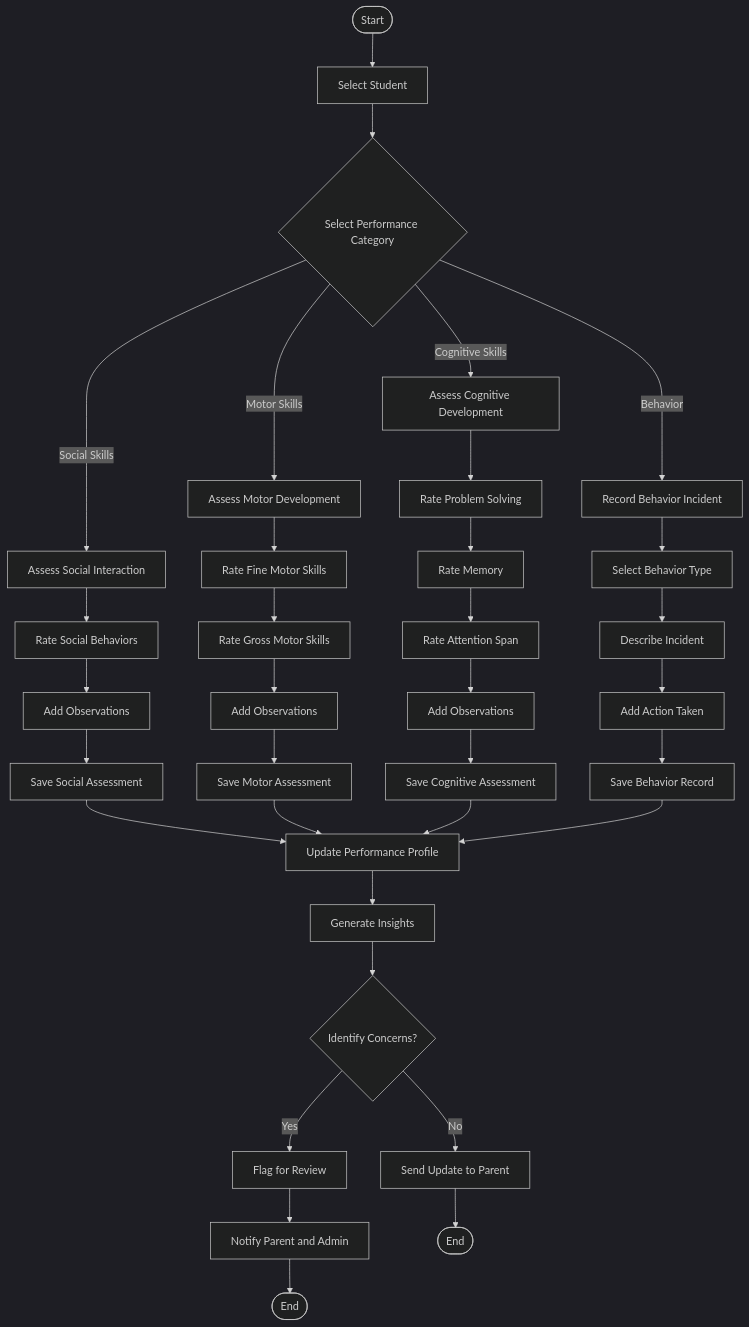
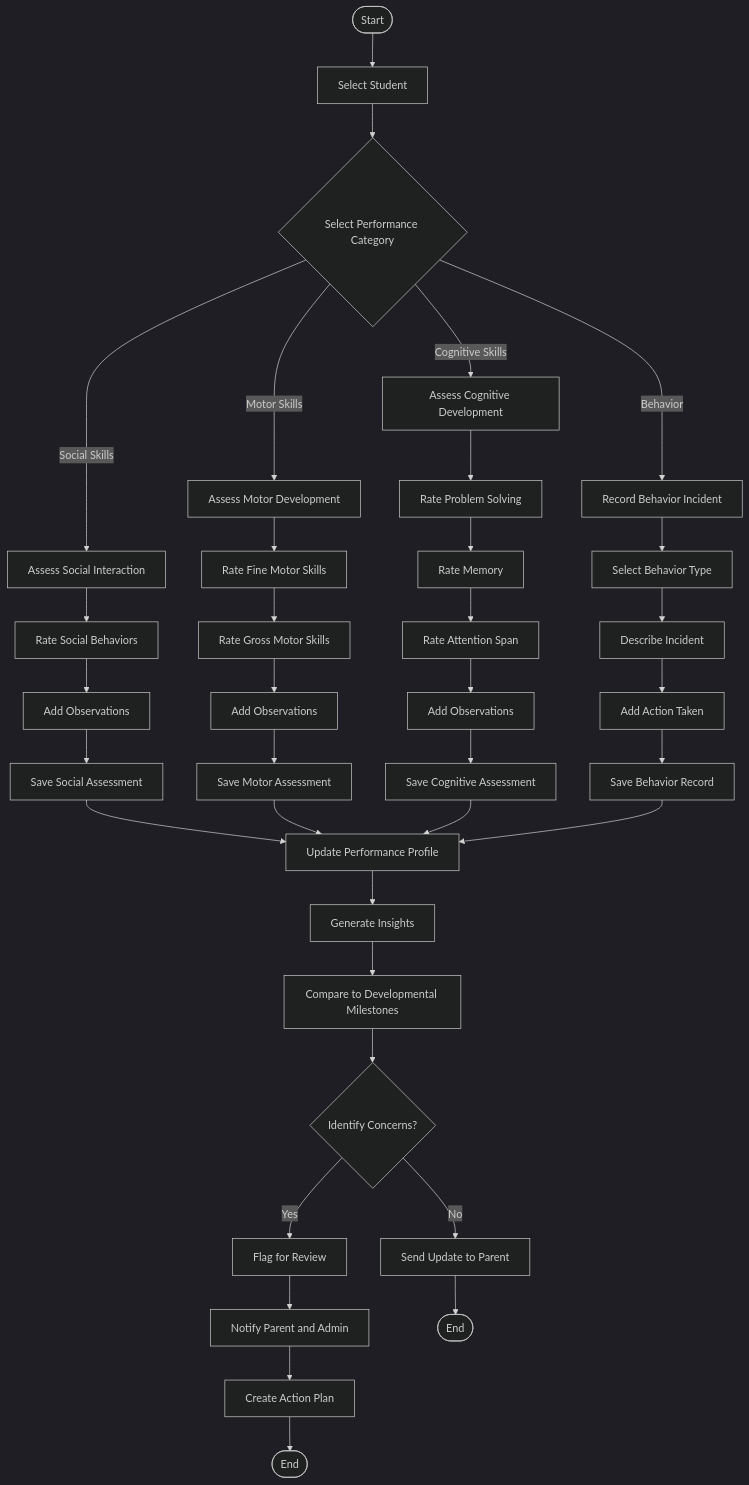
One commit to TongYwen/childfyp5 changed the tenth of 18 diagrams in diagrams.md. Above: the diagram before and after it, drawn with Mermaid (dark theme). The commit also changed other lines of this file, not shown here.

First line of the commit message:
Update diagrams with proper UML notation

````diff
--- a/diagrams.md
+++ b/diagrams.md
@@ -239,42 +370,44 @@
 ```mermaid
 flowchart TD
     Start([Start]) --> SelectStudent[Select Student]
     SelectStudent --> SelectCategory{Select Performance Category}
 
     SelectCategory -->|Social Skills| AssessSocial[Assess Social Interaction]
     AssessSocial --> RateSocial[Rate Social Behaviors]
     RateSocial --> AddObservations1[Add Observations]
     AddObservations1 --> SaveSocial
 
     SelectCategory -->|Motor Skills| AssessMotor[Assess Motor Development]
     AssessMotor --> RateFineMotor[Rate Fine Motor Skills]
     RateFineMotor --> RateGrossMotor[Rate Gross Motor Skills]
     RateGrossMotor --> AddObservations2[Add Observations]
     AddObservations2 --> SaveMotor
 
     SelectCategory -->|Cognitive Skills| AssessCognitive[Assess Cognitive Development]
     AssessCognitive --> RateProblemSolving[Rate Problem Solving]
     RateProblemSolving --> RateMemory[Rate Memory]
     RateMemory --> RateAttention[Rate Attention Span]
     RateAttention --> AddObservations3[Add Observations]
     AddObservations3 --> SaveCognitive
 
     SelectCategory -->|Behavior| RecordBehavior[Record Behavior Incident]
     RecordBehavior --> SelectBehaviorType[Select Behavior Type]
     SelectBehaviorType --> DescribeIncident[Describe Incident]
     DescribeIncident --> AddAction[Add Action Taken]
     AddAction --> SaveBehavior
 
     SaveSocial[Save Social Assessment] --> UpdateProfile
     SaveMotor[Save Motor Assessment] --> UpdateProfile
     SaveCognitive[Save Cognitive Assessment] --> UpdateProfile
     SaveBehavior[Save Behavior Record] --> UpdateProfile
 
     UpdateProfile[Update Performance Profile] --> GenerateInsights[Generate Insights]
-    GenerateInsights --> CheckConcerns{Identify Concerns?}
+    GenerateInsights --> CompareMilestones[Compare to Developmental Milestones]
+    CompareMilestones --> CheckConcerns{Identify Concerns?}
     CheckConcerns -->|Yes| FlagConcerns[Flag for Review]
     FlagConcerns --> NotifyParent[Notify Parent and Admin]
-    NotifyParent --> End1([End])
+    NotifyParent --> CreateActionPlan[Create Action Plan]
+    CreateActionPlan --> End1([End])
     CheckConcerns -->|No| NotifyParentUpdate[Send Update to Parent]
     NotifyParentUpdate --> End2([End])
 ```
````
